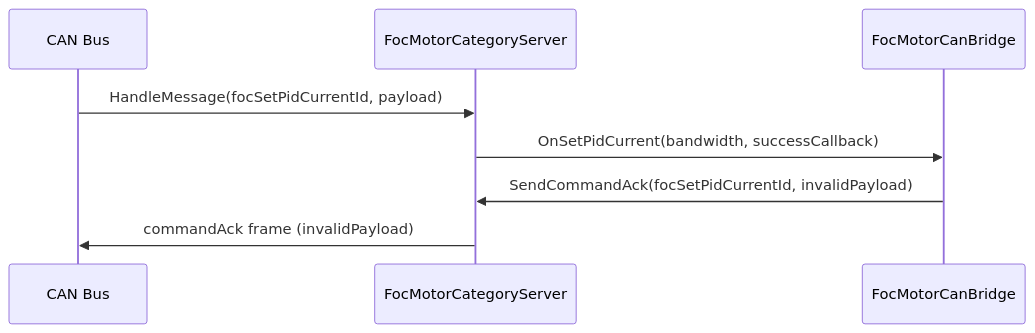
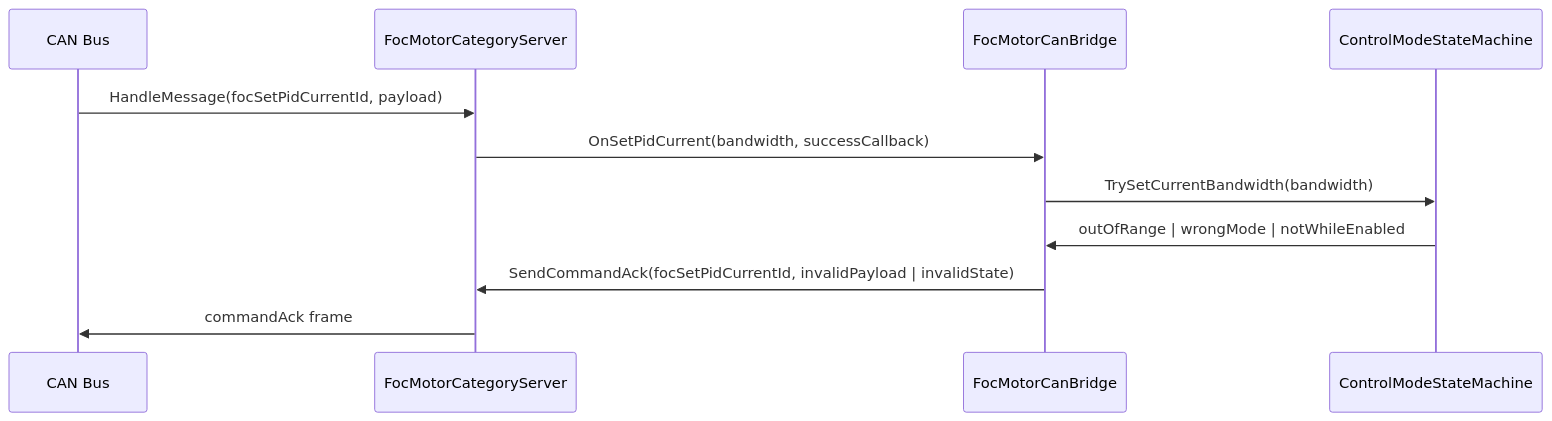
One commit to embedded-pro/e-foc changed the third of 4 diagrams in documentation/design/service-can.md. Above: the diagram before and after it, drawn with Mermaid. The commit also changed other lines of this file and 23 other files, not shown here.

````diff
--- a/documentation/design/service-can.md
+++ b/documentation/design/service-can.md
@@ -220,11 +223,14 @@
 ```mermaid
 sequenceDiagram
     participant CAN as CAN Bus
     participant SRV as FocMotorCategoryServer
     participant BRG as FocMotorCanBridge
+    participant CMS as ControlModeStateMachine
 
     CAN->>SRV: HandleMessage(focSetPidCurrentId, payload)
     SRV->>BRG: OnSetPidCurrent(bandwidth, successCallback)
-    BRG->>SRV: SendCommandAck(focSetPidCurrentId, invalidPayload)
-    SRV->>CAN: commandAck frame (invalidPayload)
+    BRG->>CMS: TrySetCurrentBandwidth(bandwidth)
+    CMS->>BRG: outOfRange | wrongMode | notWhileEnabled
+    BRG->>SRV: SendCommandAck(focSetPidCurrentId, invalidPayload | invalidState)
+    SRV->>CAN: commandAck frame
 ```
````
